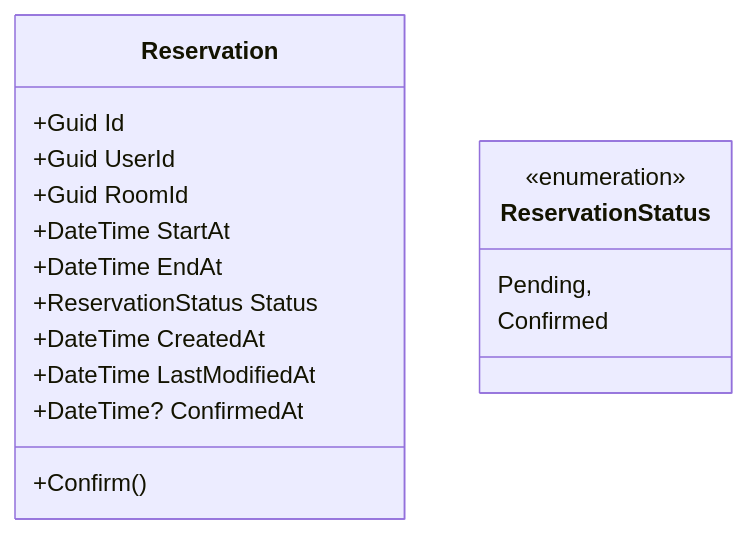
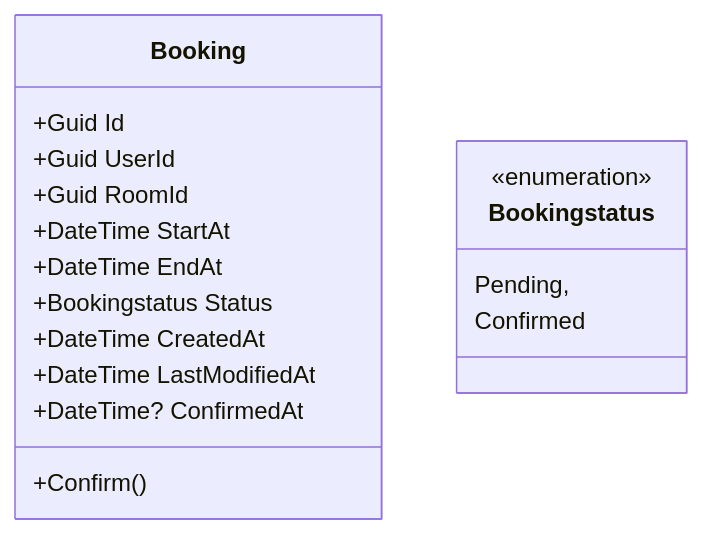
Before and after one commit to gabrielrabreu/room-booking: the third of 4 diagrams in docs/domain-model.md, drawn with Mermaid. The commit also changed other lines of this file and 45 other files, not shown here.

````diff
--- a/docs/domain-model.md
+++ b/docs/domain-model.md
@@ -36,23 +36,23 @@
 ```mermaid
 classDiagram
 
-class Reservation {
+class Booking {
     +Guid Id
     +Guid UserId
     +Guid RoomId
     +DateTime StartAt
     +DateTime EndAt
-    +ReservationStatus Status
+    +Bookingstatus Status
     +DateTime CreatedAt
     +DateTime LastModifiedAt
     +DateTime? ConfirmedAt
 
     +Confirm()
 }
 
-class ReservationStatus {
+class Bookingstatus {
     <<enumeration>>
     Pending,
     Confirmed
 }
 ```
````
